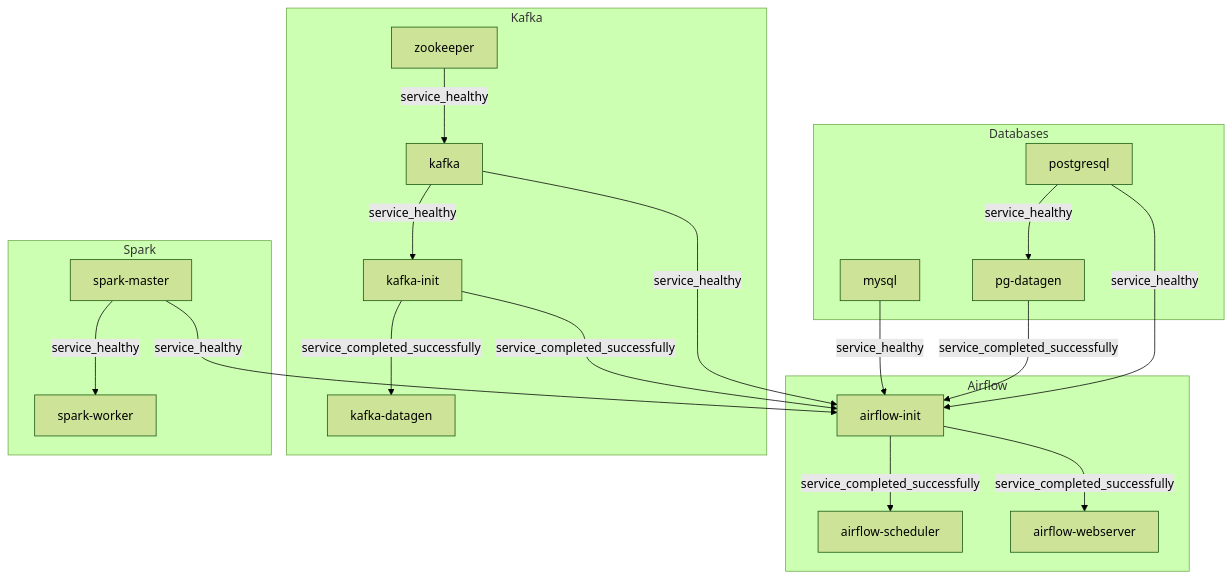
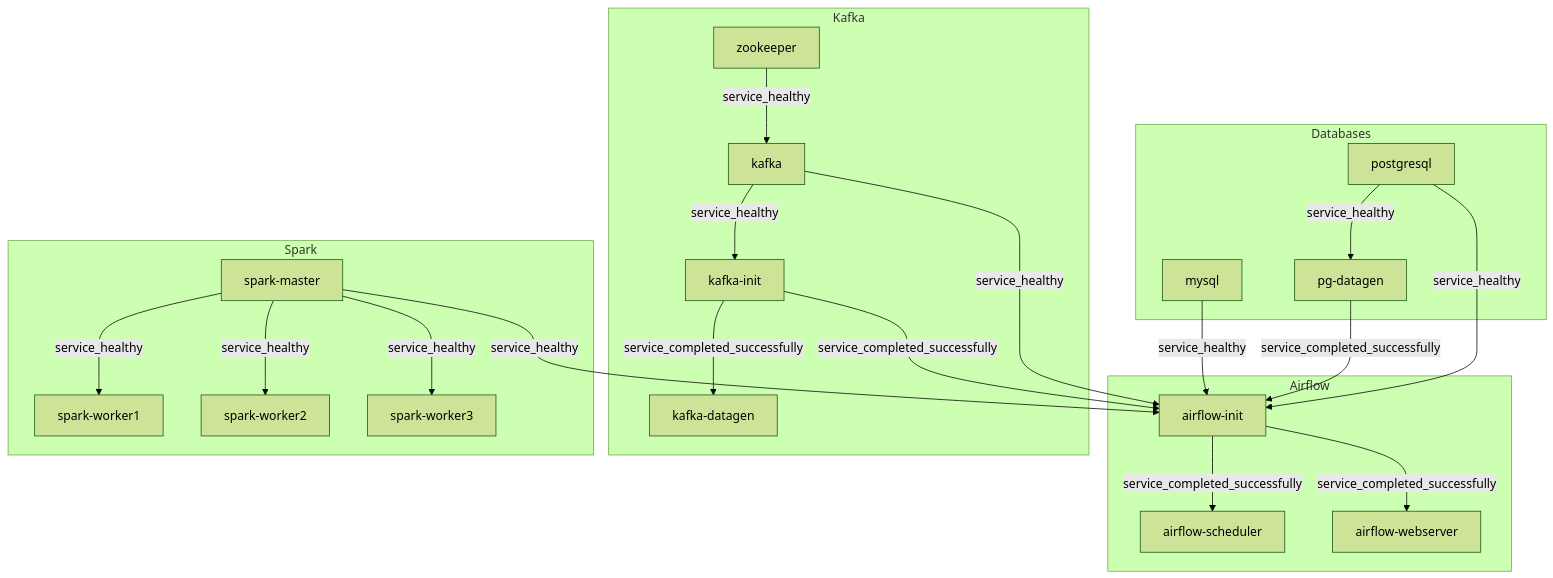
One commit to SkyRanger2010/DE2024_PY_CourseWork changed the diagram in README.md. Above: the diagram before and after it, drawn with Mermaid (forest theme). The commit also changed other lines of this file, not shown here.

````diff
--- a/README.md
+++ b/README.md
@@ -46,42 +37,46 @@
 ```mermaid
 graph TD
     PG[postgresql]
     MY[mysql]
     PGDG[pg-datagen]
     KDG[kafka-datagen]
     AI[airflow-init]
     AS[airflow-scheduler]
     AW[airflow-webserver]
     SM[spark-master]
-    SW[spark-worker]
+    SW1[spark-worker1]
+    SW2[spark-worker2]
+    SW3[spark-worker3]
     ZK[zookeeper]
     KF[kafka]
     KI[kafka-init]
 
     subgraph Databases
         PG
         MY
         PG -->|service_healthy| PGDG
     end
 
     subgraph Kafka
         ZK -->|service_healthy| KF
         KF -->|service_healthy| KI
         KI -->|service_completed_successfully| KDG
     end
 
     subgraph Spark
-        SM -->|service_healthy| SW
+        SM -->|service_healthy| SW1
+        SM -->|service_healthy| SW2
+        SM -->|service_healthy| SW3
     end
 
     subgraph Airflow
         PG -->|service_healthy| AI
         MY -->|service_healthy| AI
         SM -->|service_healthy| AI
         KF -->|service_healthy| AI
         PGDG -->|service_completed_successfully| AI
         KI -->|service_completed_successfully| AI
         AI -->|service_completed_successfully| AS
         AI -->|service_completed_successfully| AW
     end
 ```
````
